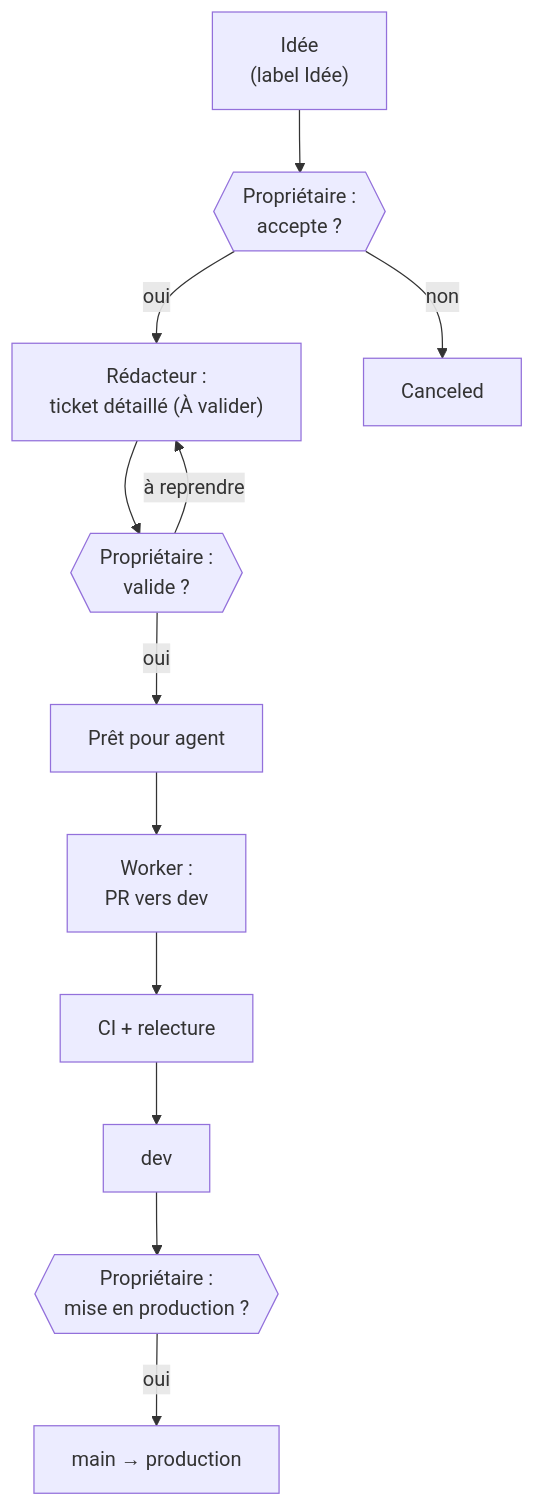
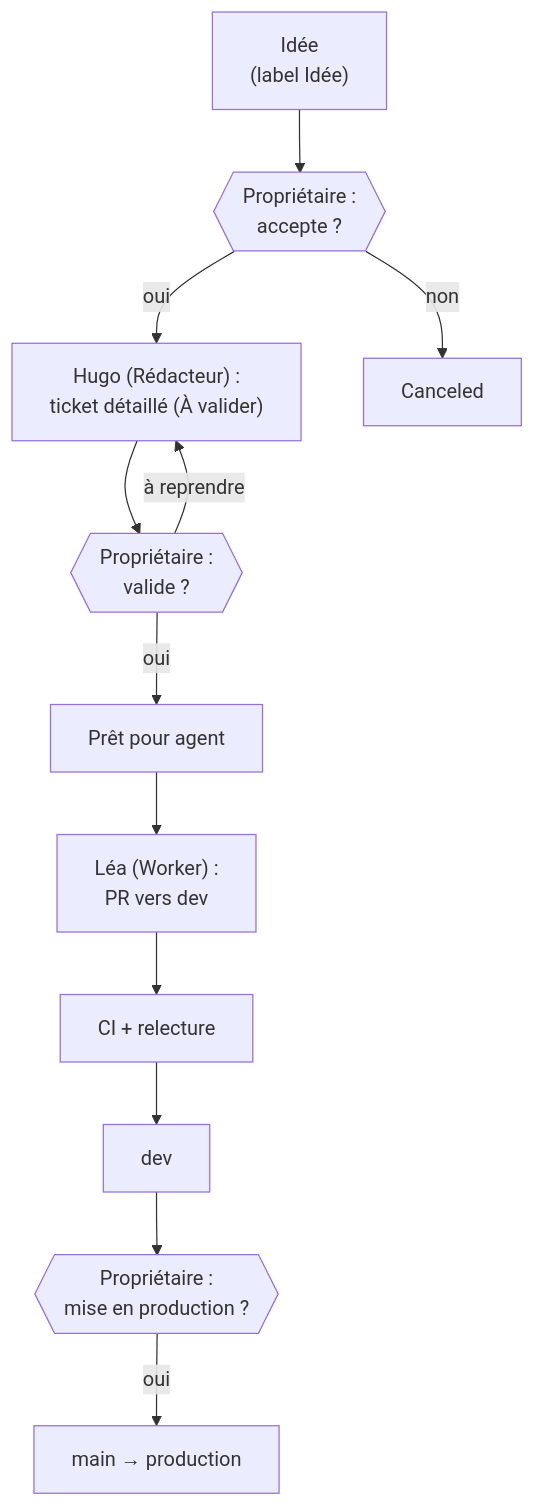
The diagram in docs/pilotage.md (warlaxx/sat-pass-predictor), drawn with Mermaid before and after one commit. The commit also changed other lines of this file and 3 other files, not shown here.

First line of the commit message:
chore(agents): prénoms des agents, Claire (Copilote), Hugo (Rédacteur), Léa (Worker) (ABD-54)

````diff
--- a/docs/pilotage.md
+++ b/docs/pilotage.md
@@ -37,17 +37,17 @@
 ```mermaid
 flowchart TD
     idea["Idée<br/>(label Idée)"]
     gate1{{"Propriétaire :<br/>accepte ?"}}
-    draft["Rédacteur :<br/>ticket détaillé (À valider)"]
+    draft["Hugo (Rédacteur) :<br/>ticket détaillé (À valider)"]
     gate2{{"Propriétaire :<br/>valide ?"}}
     ready["Prêt pour agent"]
-    work["Worker :<br/>PR vers dev"]
+    work["Léa (Worker) :<br/>PR vers dev"]
     review["CI + relecture"]
     dev["dev"]
     gate3{{"Propriétaire :<br/>mise en production ?"}}
     main["main → production"]
 
     idea --> gate1 -- oui --> draft --> gate2 -- oui --> ready --> work --> review --> dev --> gate3 -- oui --> main
     gate1 -- non --> canceled["Canceled"]
     gate2 -- "à reprendre" --> draft
 ```
````
